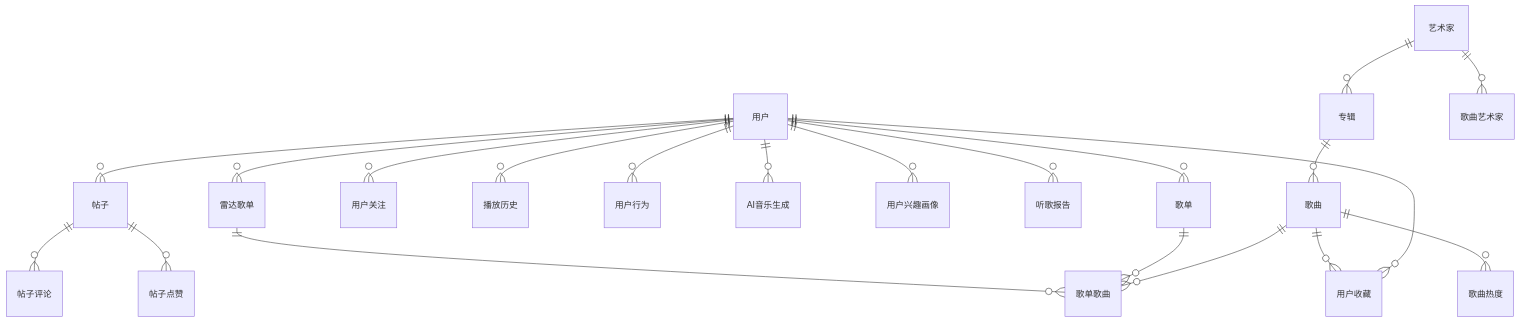
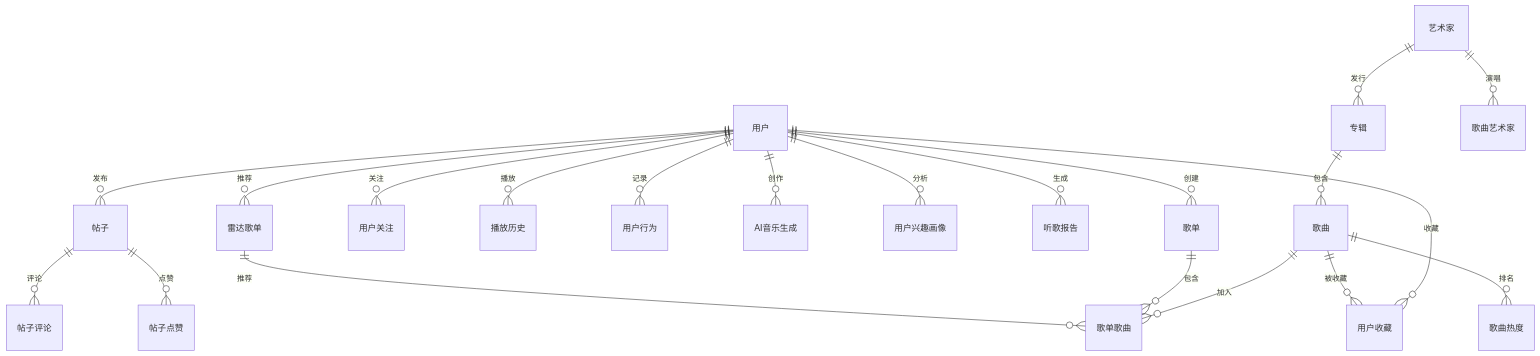
One commit to kewangzhen/fly-music changed the diagram in doc/ER图-中文版.md. Above: the diagram before and after it, drawn with Mermaid.

Commit message:
docs: 添加ER图实体间关系名称

````diff
--- a/doc/ER图-中文版.md
+++ b/doc/ER图-中文版.md
@@ -7,57 +7,57 @@
 ```mermaid
 erDiagram
     %% 用户核心关系
-    用户 ||--o{ 歌单 : ""
-    用户 ||--o{ 帖子 : ""
-    用户 ||--o{ 用户收藏 : ""
-    用户 ||--o{ 用户关注 : ""
-    用户 ||--o{ 播放历史 : ""
-    用户 ||--o{ 用户行为 : ""
-    用户 ||--o{ AI音乐生成 : ""
-    用户 ||--o{ 用户兴趣画像 : ""
-    用户 ||--o{ 听歌报告 : ""
-    用户 ||--o{ 雷达歌单 : ""
+    用户 ||--o{ 歌单 : 创建
+    用户 ||--o{ 帖子 : 发布
+    用户 ||--o{ 用户收藏 : 收藏
+    用户 ||--o{ 用户关注 : 关注
+    用户 ||--o{ 播放历史 : 播放
+    用户 ||--o{ 用户行为 : 记录
+    用户 ||--o{ AI音乐生成 : 创作
+    用户 ||--o{ 用户兴趣画像 : 分析
+    用户 ||--o{ 听歌报告 : 生成
+    用户 ||--o{ 雷达歌单 : 推荐
 
     %% 艺术家关系
-    艺术家 ||--o{ 专辑 : ""
-    艺术家 ||--o{ 歌曲艺术家 : ""
+    艺术家 ||--o{ 专辑 : 发行
+    艺术家 ||--o{ 歌曲艺术家 : 演唱
 
     %% 专辑歌曲关系
-    专辑 ||--o{ 歌曲 : ""
+    专辑 ||--o{ 歌曲 : 包含
 
     %% 歌曲关系
-    歌曲 ||--o{ 歌单歌曲 : ""
-    歌曲 ||--o{ 用户收藏 : ""
-    歌曲 ||--o{ 歌曲热度 : ""
+    歌曲 ||--o{ 歌单歌曲 : 加入
+    歌曲 ||--o{ 用户收藏 : 被收藏
+    歌曲 ||--o{ 歌曲热度 : 排名
 
     %% 歌单关系
-    歌单 ||--o{ 歌单歌曲 : ""
+    歌单 ||--o{ 歌单歌曲 : 包含
 
     %% 社交关系
-    帖子 ||--o{ 帖子评论 : ""
-    帖子 ||--o{ 帖子点赞 : ""
+    帖子 ||--o{ 帖子评论 : 评论
+    帖子 ||--o{ 帖子点赞 : 点赞
 
     %% 雷达关系
-    雷达歌单 ||--o{ 歌单歌曲 : ""
+    雷达歌单 ||--o{ 歌单歌曲 : 推荐
 
     %% 表定义
     用户 { }
     歌单 { }
     帖子 { }
     用户收藏 { }
     用户关注 { }
     播放历史 { }
     用户行为 { }
     AI音乐生成 { }
     用户兴趣画像 { }
     听歌报告 { }
     雷达歌单 { }
     艺术家 { }
     专辑 { }
     歌曲 { }
     歌曲艺术家 { }
     歌单歌曲 { }
     歌曲热度 { }
     帖子评论 { }
     帖子点赞 { }
 ```
````
